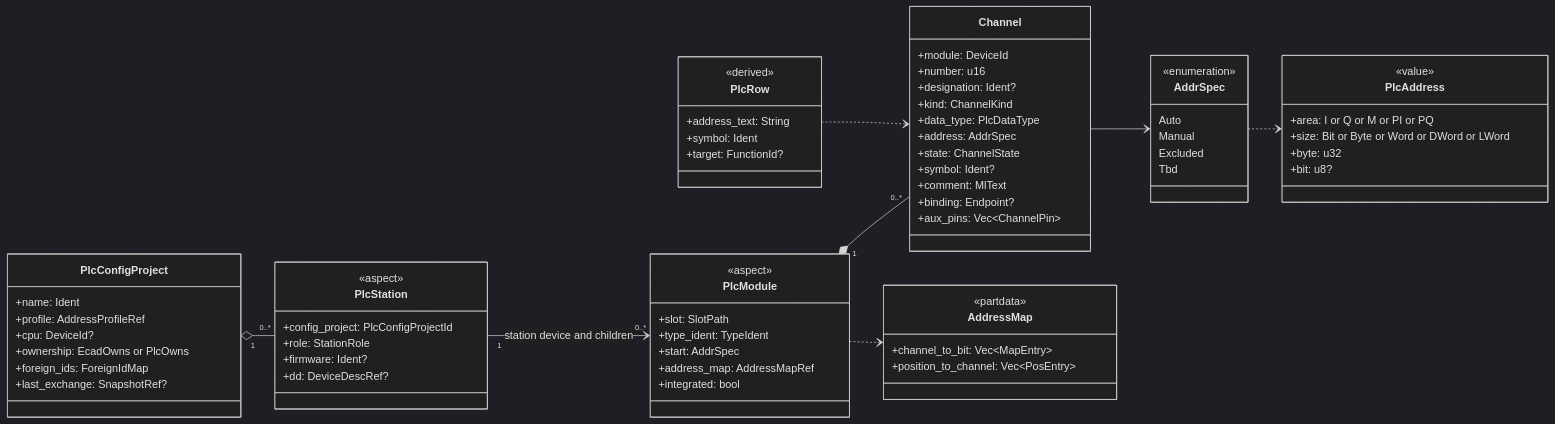
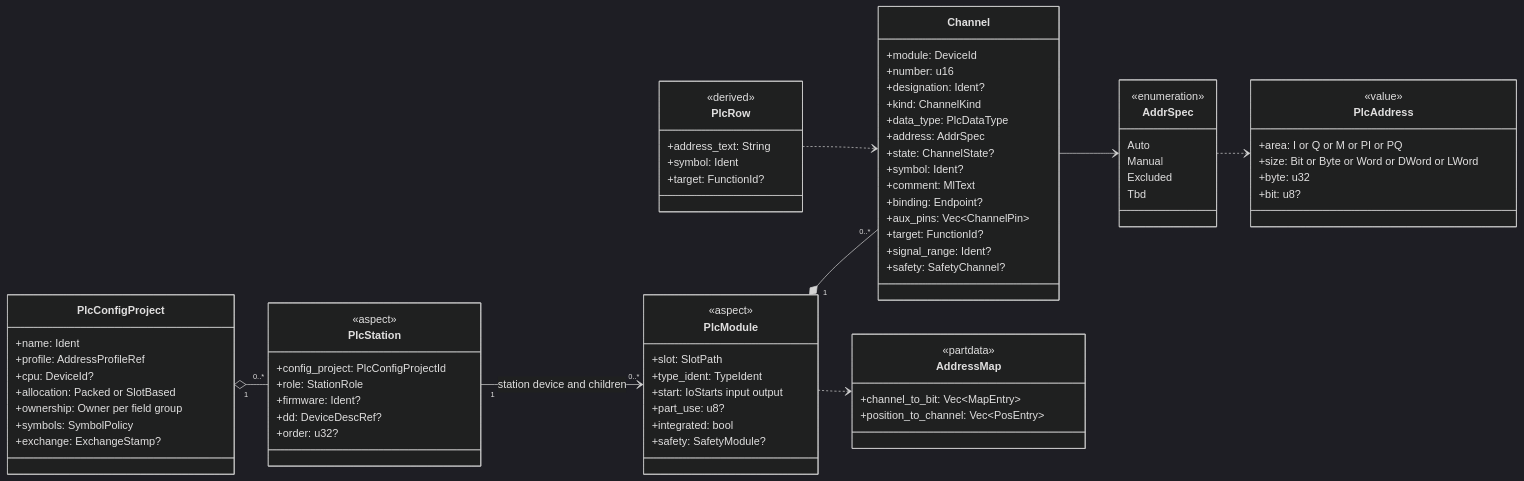
Before and after one commit to Ironkode787/ElektraWatt: diagram 14 of 20 in docs/design/03-domain-model.md, drawn with Mermaid (dark theme). The commit also changed other lines of this file and 51 other files, not shown here.

````diff
--- a/docs/design/03-domain-model.md
+++ b/docs/design/03-domain-model.md
@@ -1399,72 +1512,78 @@
 ```mermaid
 classDiagram
   direction LR
   class PlcConfigProject {
     +name: Ident
     +profile: AddressProfileRef
     +cpu: DeviceId?
-    +ownership: EcadOwns or PlcOwns
-    +foreign_ids: ForeignIdMap
-    +last_exchange: SnapshotRef?
+    +allocation: Packed or SlotBased
+    +ownership: Owner per field group
+    +symbols: SymbolPolicy
+    +exchange: ExchangeStamp?
   }
   class PlcStation {
     <<aspect>>
     +config_project: PlcConfigProjectId
     +role: StationRole
     +firmware: Ident?
     +dd: DeviceDescRef?
+    +order: u32?
   }
   class PlcModule {
     <<aspect>>
     +slot: SlotPath
     +type_ident: TypeIdent
-    +start: AddrSpec
-    +address_map: AddressMapRef
+    +start: IoStarts input output
+    +part_use: u8?
     +integrated: bool
+    +safety: SafetyModule?
   }
   class Channel {
     +module: DeviceId
     +number: u16
     +designation: Ident?
     +kind: ChannelKind
     +data_type: PlcDataType
     +address: AddrSpec
-    +state: ChannelState
+    +state: ChannelState?
     +symbol: Ident?
     +comment: MlText
     +binding: Endpoint?
     +aux_pins: Vec~ChannelPin~
+    +target: FunctionId?
+    +signal_range: Ident?
+    +safety: SafetyChannel?
   }
   class AddrSpec {
     <<enumeration>>
     Auto
     Manual
     Excluded
     Tbd
   }
   class PlcAddress {
     <<value>>
     +area: I or Q or M or PI or PQ
     +size: Bit or Byte or Word or DWord or LWord
     +byte: u32
     +bit: u8?
   }
   class AddressMap {
     <<partdata>>
     +channel_to_bit: Vec~MapEntry~
     +position_to_channel: Vec~PosEntry~
   }
   class PlcRow {
     <<derived>>
     +address_text: String
     +symbol: Ident
     +target: FunctionId?
   }
   PlcConfigProject "1" o-- "0..*" PlcStation
   PlcStation "1" --> "0..*" PlcModule : station device and children
   PlcModule "1" *-- "0..*" Channel
   Channel --> AddrSpec
   AddrSpec ..> PlcAddress
   PlcModule ..> AddressMap
   PlcRow ..> Channel
 ```
````
